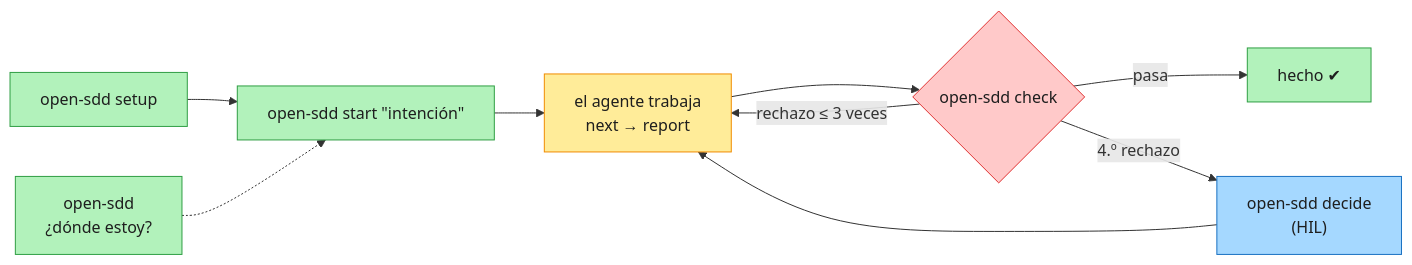
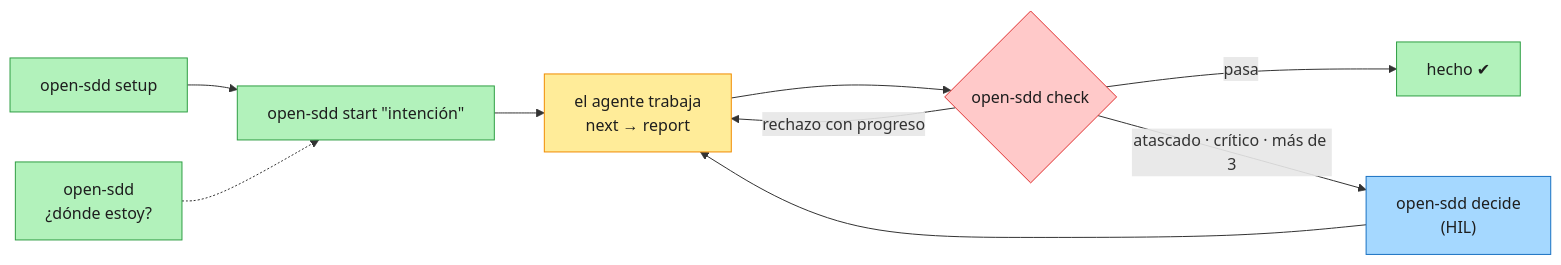
The first of 3 diagrams in README.es.md (Brujo2020/OpenSDD), drawn with Mermaid before and after one commit. The commit also changed other lines of this file and 58 other files, not shown here.

````diff
--- a/README.es.md
+++ b/README.es.md
@@ -26,15 +28,15 @@
 ```mermaid
 flowchart LR
   A["open-sdd setup"]:::auto --> B["open-sdd start &quot;intención&quot;"]:::auto
   B --> C["el agente trabaja<br/>next → report"]:::advisory
   C --> D{"open-sdd check"}:::block
   D -- pasa --> E["hecho ✔"]:::auto
-  D -- rechazo ≤ 3 veces --> C
-  D -- 4.º rechazo --> F["open-sdd decide<br/>(HIL)"]:::human
+  D -- rechazo con progreso --> C
+  D -- "atascado · crítico · más de 3" --> F["open-sdd decide<br/>(HIL)"]:::human
   F --> C
   G["open-sdd<br/>¿dónde estoy?"]:::auto -.-> B
   classDef auto fill:#b2f2bb,stroke:#2f9e44,color:#1e1e1e
   classDef advisory fill:#ffec99,stroke:#f08c00,color:#1e1e1e
   classDef block fill:#ffc9c9,stroke:#e03131,color:#1e1e1e
   classDef human fill:#a5d8ff,stroke:#1971c2,color:#1e1e1e
 ```
````
